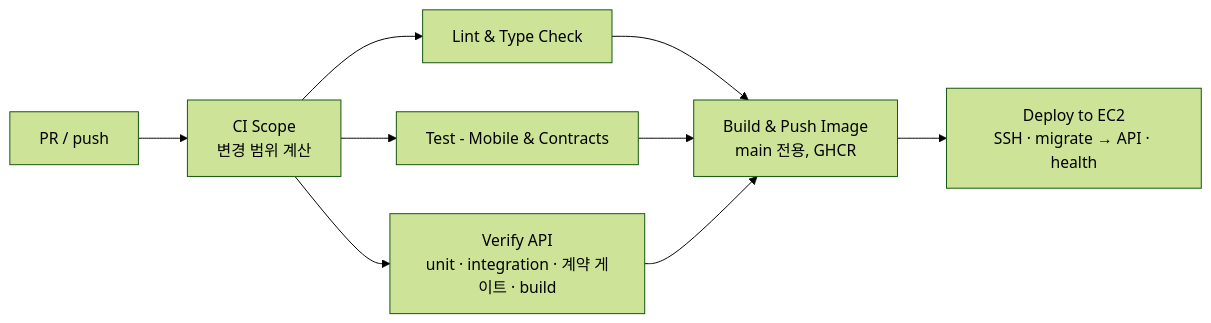
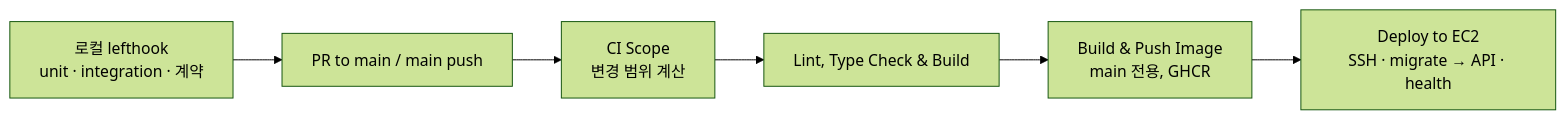
Before and after one commit to Aiddoo/Aido-platform: the second of 2 diagrams in README.md, drawn with Mermaid (forest theme). The commit also changed other lines of this file and 7 other files, not shown here.

````diff
--- a/README.md
+++ b/README.md
@@ -182,9 +182,8 @@
 ```mermaid
 flowchart LR
-  PR[PR / push] --> Gate[CI Scope<br/>변경 범위 계산]
-  Gate --> Lint[Lint & Type Check]
-  Gate --> Unit[Test - Mobile & Contracts]
-  Gate --> API[Verify API<br/>unit · integration · 계약 게이트 · build]
-  Lint & Unit & API --> Img[Build & Push Image<br/>main 전용, GHCR]
+  Hook[로컬 lefthook<br/>unit · integration · 계약] --> PR[PR to main / main push]
+  PR --> Gate[CI Scope<br/>변경 범위 계산]
+  Gate --> Verify[Lint, Type Check & Build]
+  Verify --> Img[Build & Push Image<br/>main 전용, GHCR]
   Img --> Deploy[Deploy to EC2<br/>SSH · migrate → API · health]
 ```
````
